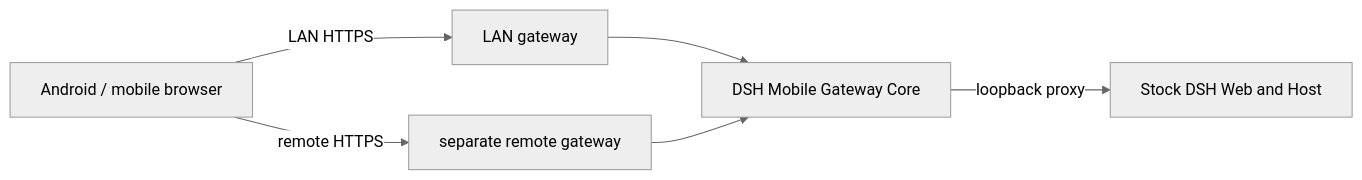
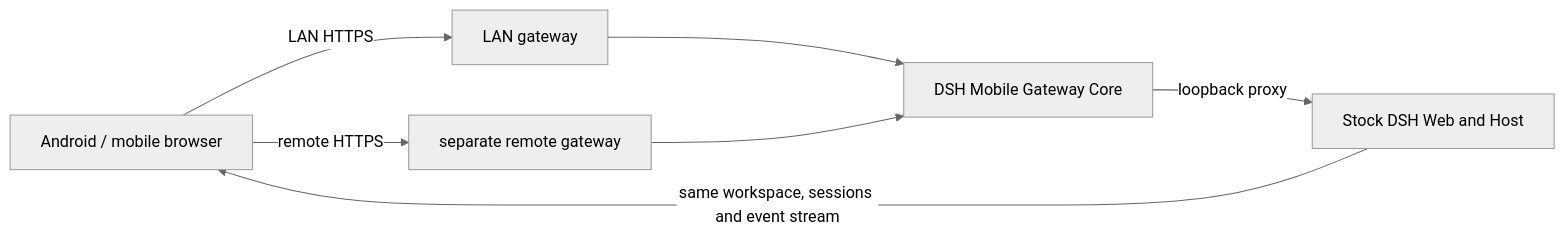
Before and after one commit to LUgABeEEE/dsh-mobile: the diagram in README.en.md, drawn with Mermaid (neutral theme). The commit also changed 6 other files, not shown here.

````diff
--- a/README.en.md
+++ b/README.en.md
@@ -359,8 +359,9 @@
 ```mermaid
 flowchart LR
   Phone["Android / mobile browser"] -->|"LAN HTTPS"| Lan["LAN gateway"]
   Phone -->|"remote HTTPS"| Remote["separate remote gateway"]
   Lan --> Gateway["DSH Mobile Gateway Core"]
   Remote --> Gateway
   Gateway -->|"loopback proxy"| DSH["Stock DSH Web and Host"]
+  DSH -->|"same workspace, sessions and event stream"| Phone
 ```
````
